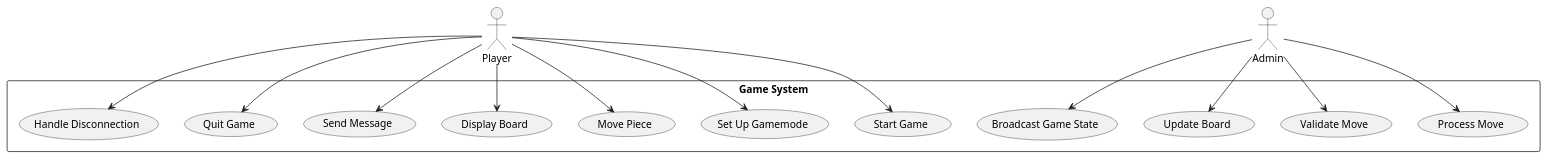
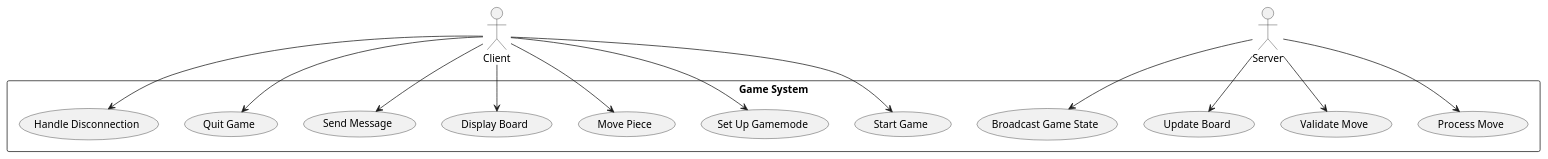
One commit to zak380m/Chinese_checkers changed the diagram in useCaseDiagram.puml. Above: the diagram before and after it, drawn with PlantUML. The commit also changed 9 other files, not shown here.

```diff
--- a/useCaseDiagram.puml
+++ b/useCaseDiagram.puml
@@ -1,33 +1,33 @@
 @startuml
 
-actor Player
-actor Admin
+actor Client
+actor Server
 
 rectangle "Game System" {
     usecase "Start Game" as UC1
     usecase "Set Up Gamemode" as UC2
     usecase "Move Piece" as UC3
     usecase "Display Board" as UC4
     usecase "Send Message" as UC5
     usecase "Quit Game" as UC6
     usecase "Handle Disconnection" as UC7
     usecase "Broadcast Game State" as UC8
     usecase "Process Move" as UC9
     usecase "Validate Move" as UC10
     usecase "Update Board" as UC11
 }
 
-Player --> UC1
-Player --> UC2
-Player --> UC3
-Player --> UC4
-Player --> UC5
-Player --> UC6
-Player --> UC7
+Client --> UC1
+Client --> UC2
+Client --> UC3
+Client --> UC4
+Client --> UC5
+Client --> UC6
+Client --> UC7
 
-Admin --> UC8
-Admin --> UC9
-Admin --> UC10
-Admin --> UC11
+Server --> UC8
+Server --> UC9
+Server --> UC10
+Server --> UC11
 
 @enduml
```
